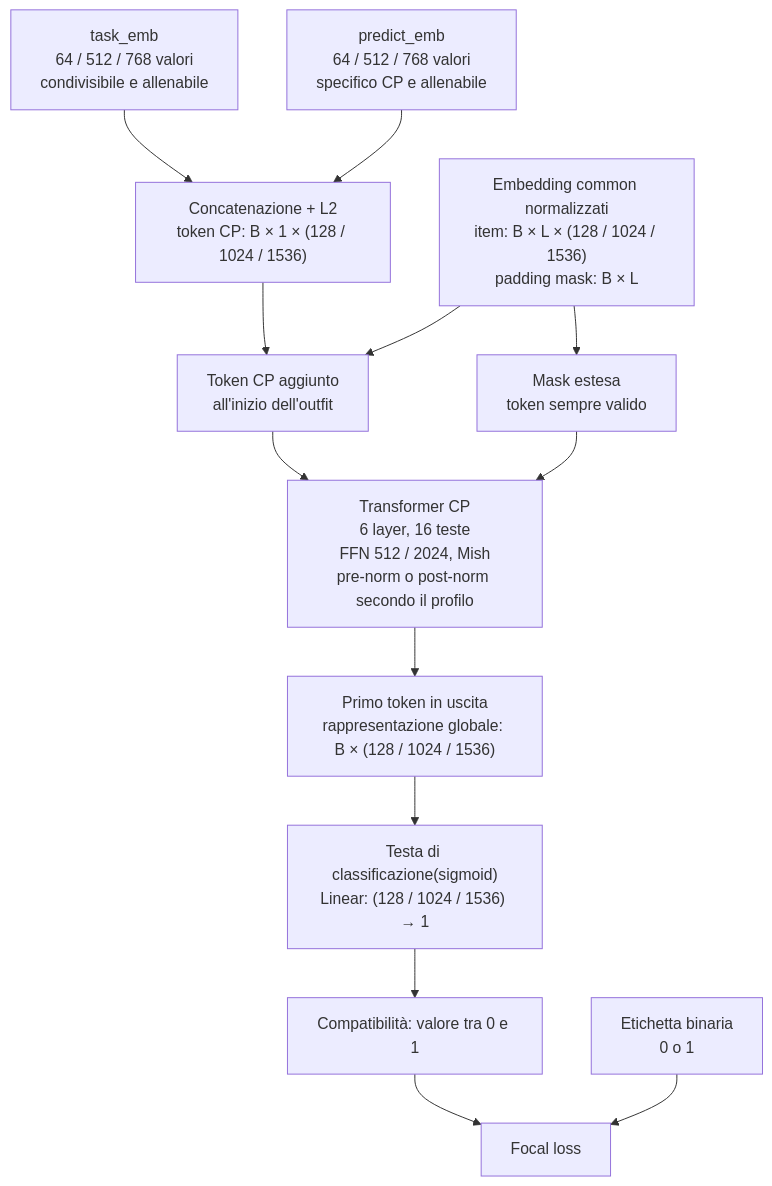
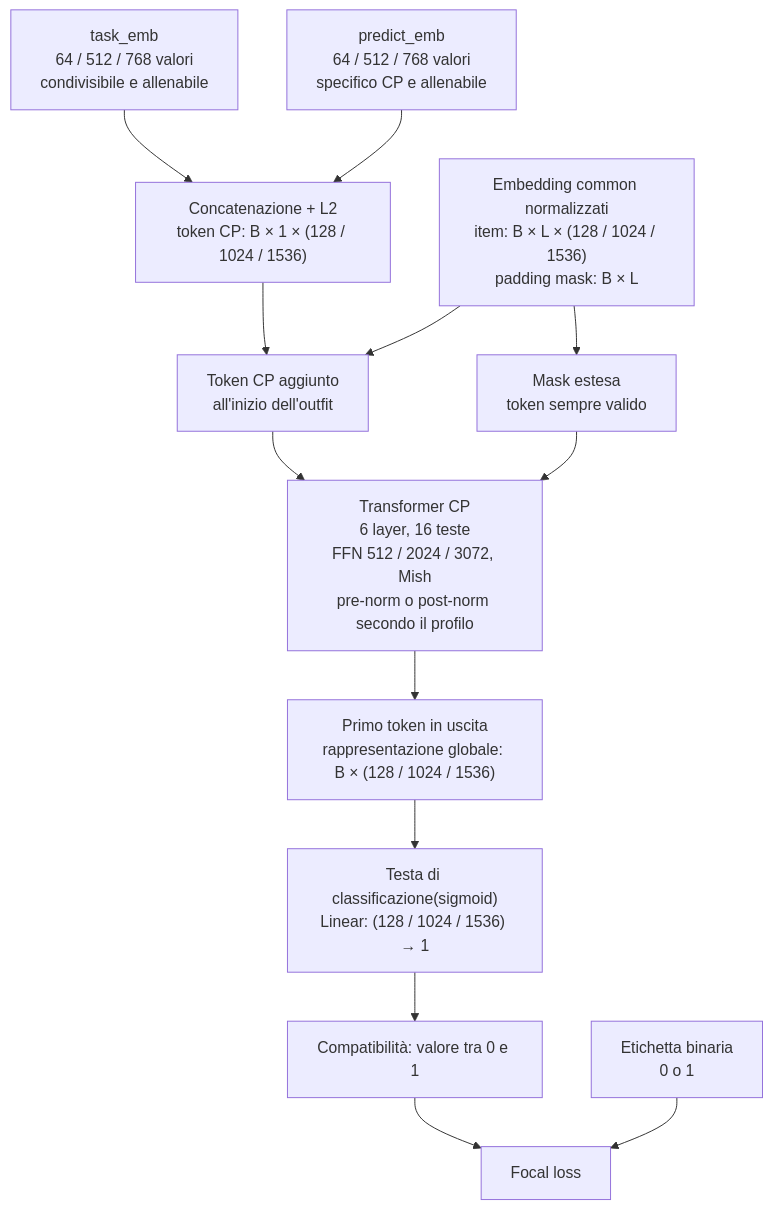
The diagram in model/cp/README.md (FlorindoDev/OutfitTransformer), drawn with Mermaid before and after one commit. The commit also changed other lines of this file and 11 other files, not shown here.

````diff
--- a/model/cp/README.md
+++ b/model/cp/README.md
@@ -54,28 +54,28 @@
 ```mermaid
 flowchart TD
     COMMON["Embedding common normalizzati<br/>item: B × L × (128 / 1024 / 1536)<br/>padding mask: B × L"]
     TASK["task_emb<br/>64 / 512 / 768 valori<br/>condivisibile e allenabile"]
     PREDICT["predict_emb<br/>64 / 512 / 768 valori<br/>specifico CP e allenabile"]
     TOKEN["Concatenazione + L2<br/>token CP: B × 1 × (128 / 1024 / 1536)"]
     PREPEND["Token CP aggiunto<br/>all'inizio dell'outfit"]
     MASK["Mask estesa<br/>token sempre valido"]
-    TRANSFORMER["Transformer CP<br/>6 layer, 16 teste<br/>FFN 512 / 2024, Mish<br/>pre-norm o post-norm secondo il profilo"]
+    TRANSFORMER["Transformer CP<br/>6 layer, 16 teste<br/>FFN 512 / 2024 / 3072, Mish<br/>pre-norm o post-norm secondo il profilo"]
     GLOBAL["Primo token in uscita<br/>rappresentazione globale: B × (128 / 1024 / 1536)"]
     HEAD["Testa di classificazione(sigmoid)<br/>Linear: (128 / 1024 / 1536) → 1"]
     SCORE["Compatibilità: valore tra 0 e 1"]
     LABEL["Etichetta binaria<br/>0 o 1"]
     LOSS["Focal loss<br/>"]
 
     TASK --> TOKEN
     PREDICT --> TOKEN
     TOKEN --> PREPEND
     COMMON --> PREPEND
     COMMON --> MASK
     PREPEND --> TRANSFORMER
     MASK --> TRANSFORMER
     TRANSFORMER --> GLOBAL
     GLOBAL --> HEAD
     HEAD --> SCORE
     SCORE --> LOSS
     LABEL --> LOSS
 ```
````
